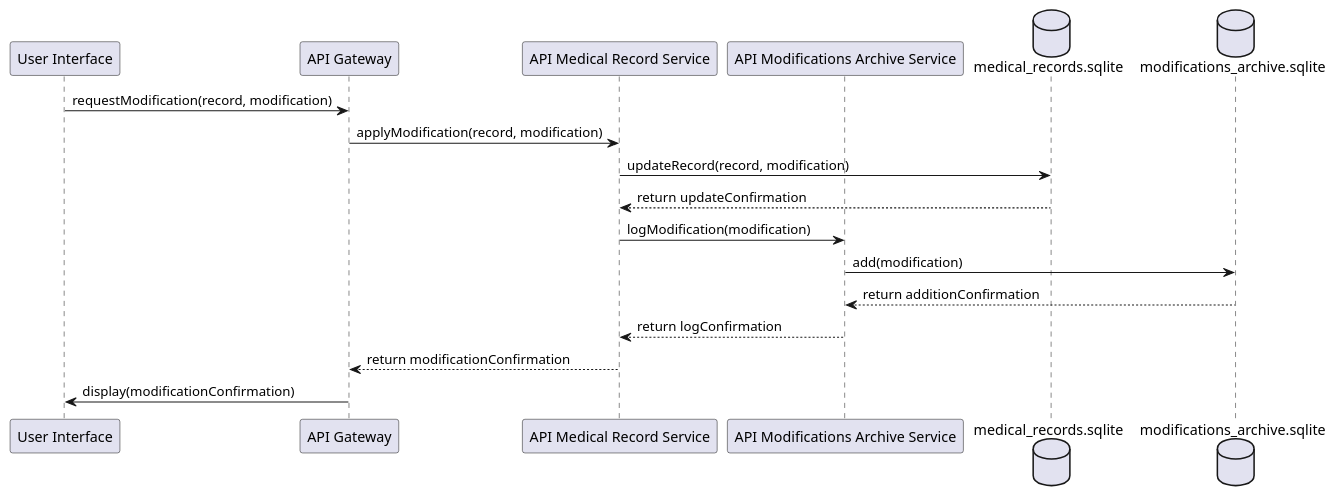
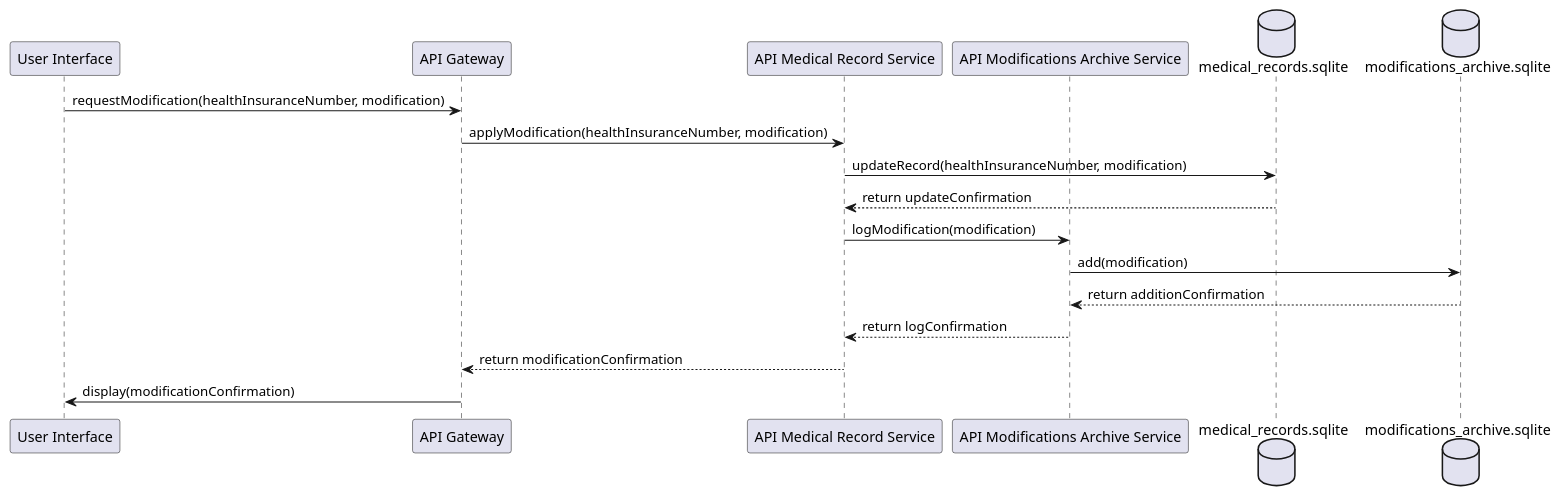
Before and after one commit to CyberFery/med: diagram 11 of 14 in _models/SequenceDiagrams/sequence.puml, drawn with PlantUML. The commit also changed other lines of this file, not shown here.

```diff
--- a/_models/SequenceDiagrams/sequence.puml
+++ b/_models/SequenceDiagrams/sequence.puml
@@ -215,32 +216,32 @@
 @startuml
 participant "User Interface" as UI
 participant "API Gateway" as Gateway
 participant "API Medical Record Service" as RecordService
 participant "API Modifications Archive Service" as ArchiveService
 database "medical_records.sqlite" as MedicalDB
 database "modifications_archive.sqlite" as ModDB
 
 
-UI -> Gateway: requestModification(record, modification)
+UI -> Gateway: requestModification(healthInsuranceNumber, modification)
 
 
-Gateway -> RecordService: applyModification(record, modification)
+Gateway -> RecordService: applyModification(healthInsuranceNumber, modification)
 
 
-RecordService -> MedicalDB: updateRecord(record, modification)
+RecordService -> MedicalDB: updateRecord(healthInsuranceNumber, modification)
 MedicalDB --> RecordService: return updateConfirmation
 
 
 RecordService -> ArchiveService: logModification(modification)
 
 
 ArchiveService -> ModDB: add(modification)
 ModDB --> ArchiveService: return additionConfirmation
 
 
 ArchiveService --> RecordService: return logConfirmation
 
 RecordService --> Gateway: return modificationConfirmation
 
 Gateway -> UI: display(modificationConfirmation)
 @enduml
```
